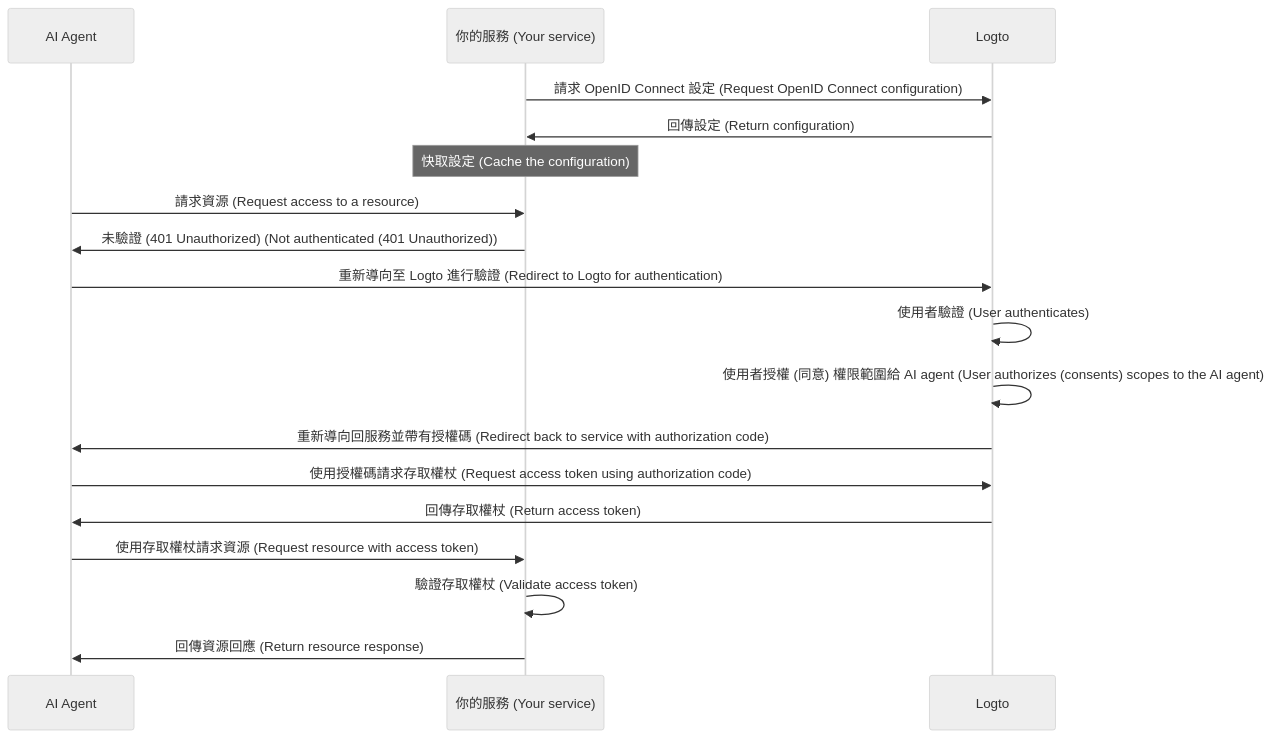
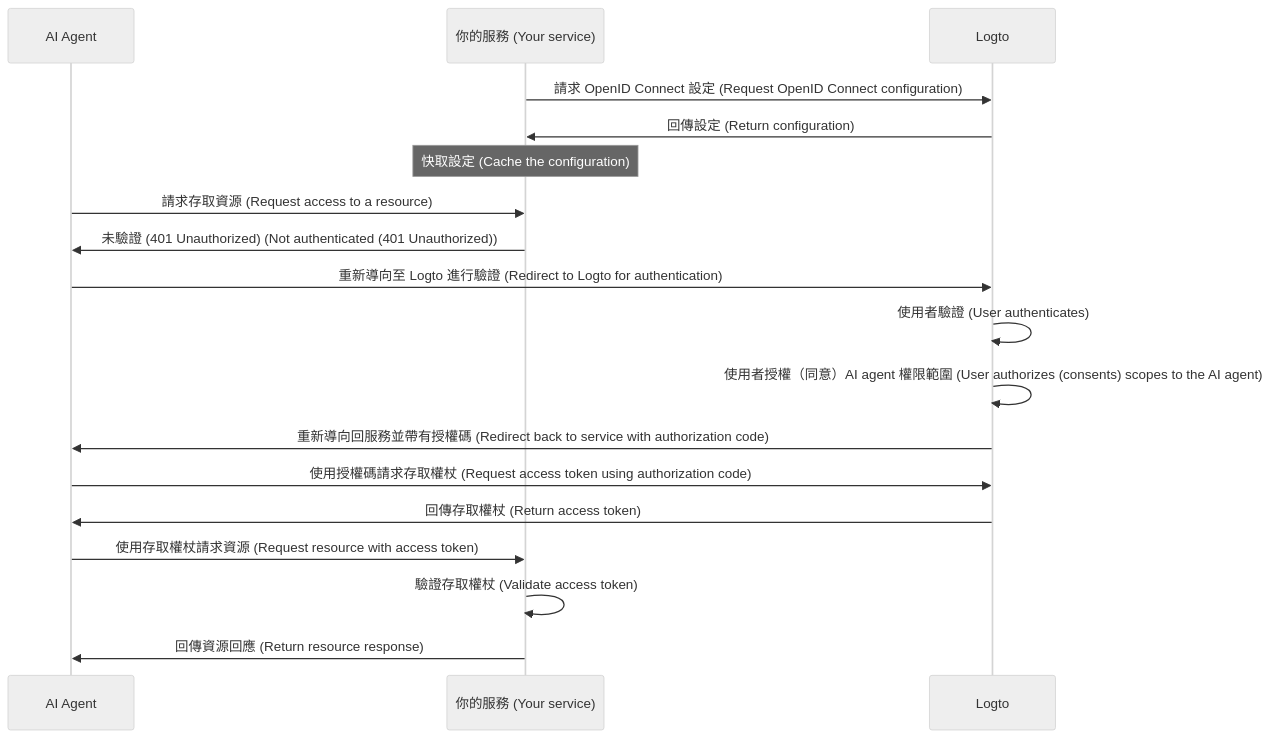
The diagram in i18n/zh-TW/docusaurus-plugin-content-docs/current/use-cases/ai/enable-third-party-ai-agent-access.mdx (logto-io/docs), drawn with Mermaid (neutral theme) before and after one commit. The commit also changed other lines of this file and 89 other files, not shown here.

````diff
--- a/i18n/zh-TW/docusaurus-plugin-content-docs/current/use-cases/ai/enable-third-party-ai-agent-access.mdx
+++ b/i18n/zh-TW/docusaurus-plugin-content-docs/current/use-cases/ai/enable-third-party-ai-agent-access.mdx
@@ -61,21 +64,21 @@
 ```mermaid
 sequenceDiagram
     participant Agent as AI Agent
     participant Service as 你的服務 (Your service)
     participant Logto
 
     Service->>Logto: 請求 OpenID Connect 設定 (Request OpenID Connect configuration)
     Logto->>Service: 回傳設定 (Return configuration)
     Note over Service: 快取設定 (Cache the configuration)
-    Agent->>Service: 請求資源 (Request access to a resource)
+    Agent->>Service: 請求存取資源 (Request access to a resource)
     Service->>Agent: 未驗證 (401 Unauthorized) (Not authenticated (401 Unauthorized))
     Agent->>Logto: 重新導向至 Logto 進行驗證 (Redirect to Logto for authentication)
     Logto->>Logto: 使用者驗證 (User authenticates)
-    Logto->>Logto: 使用者授權 (同意) 權限範圍給 AI agent (User authorizes (consents) scopes to the AI agent)
+    Logto->>Logto: 使用者授權（同意）AI agent 權限範圍 (User authorizes (consents) scopes to the AI agent)
     Logto->>Agent: 重新導向回服務並帶有授權碼 (Redirect back to service with authorization code)
     Agent->>Logto: 使用授權碼請求存取權杖 (Request access token using authorization code)
     Logto->>Agent: 回傳存取權杖 (Return access token)
     Agent->>Service: 使用存取權杖請求資源 (Request resource with access token)
     Service->>Service: 驗證存取權杖 (Validate access token)
     Service->>Agent: 回傳資源回應 (Return resource response)
 ```
````
